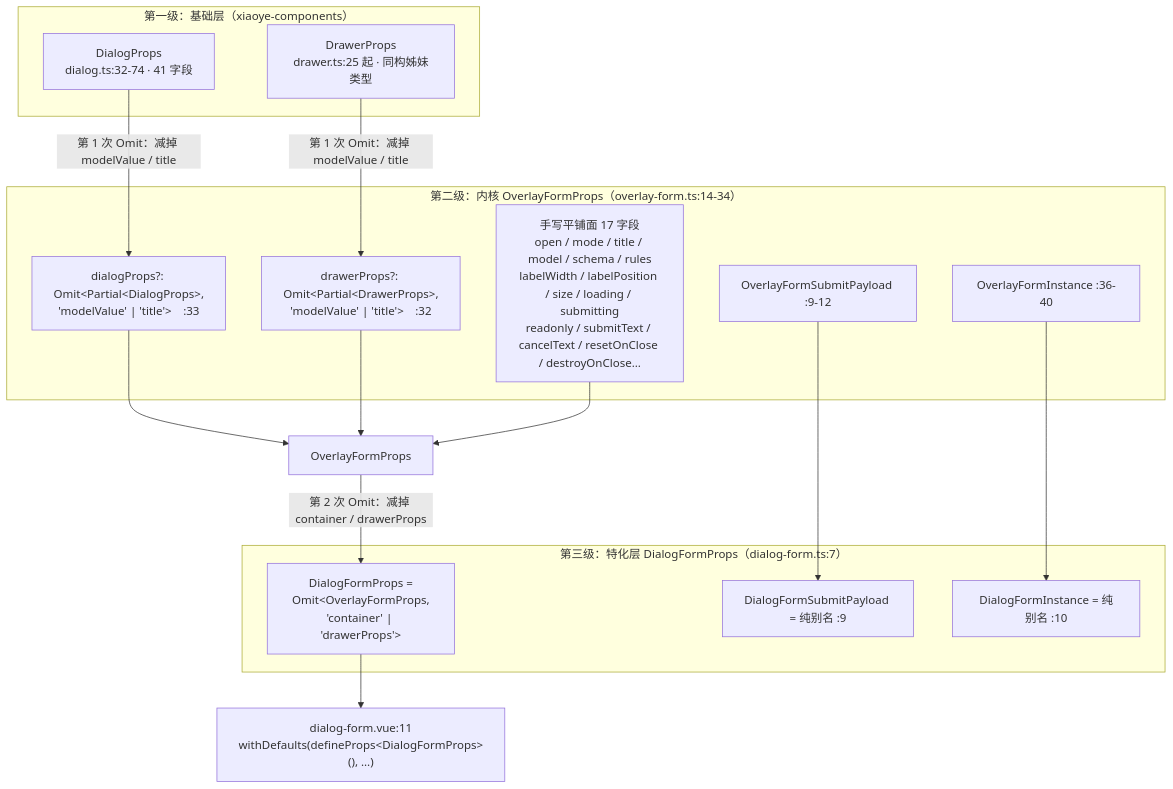
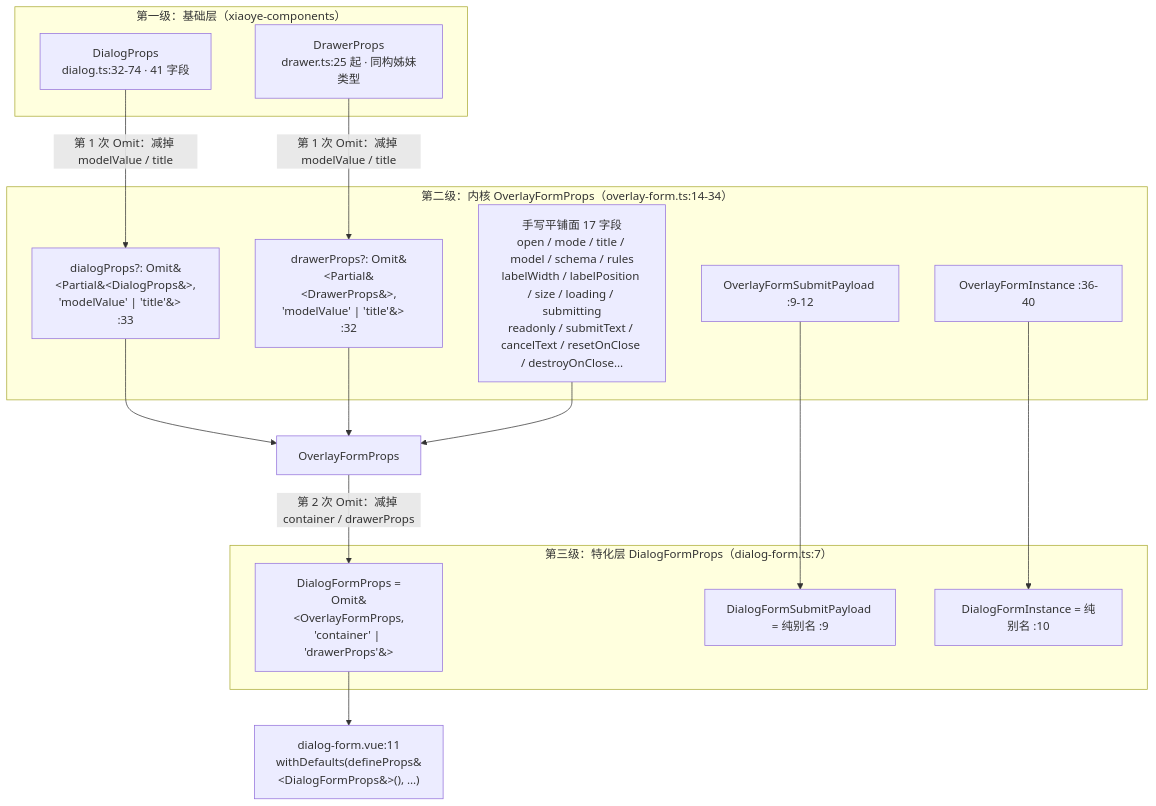
Before and after one commit to zhangzhengyang27/tech-codex: the first of 2 diagrams in docs/14-组件库专栏/9-增强层pro-components/9-07-DialogForm-Omit派生类型的封装范式.md, drawn with Mermaid. The commit also changed 195 other files, not shown here.

````diff
--- a/docs/14-组件库专栏/9-增强层pro-components/9-07-DialogForm-Omit派生类型的封装范式.md
+++ b/docs/14-组件库专栏/9-增强层pro-components/9-07-DialogForm-Omit派生类型的封装范式.md
@@ -154,31 +154,31 @@
 ```mermaid
 flowchart TD
     subgraph BASE["第一级：基础层（xiaoye-components）"]
         DP["DialogProps<br/>dialog.ts:32-74 · 41 字段"]
         DRP["DrawerProps<br/>drawer.ts:25 起 · 同构姊妹类型"]
     end
 
     subgraph CORE["第二级：内核 OverlayFormProps（overlay-form.ts:14-34）"]
-        DCH["dialogProps?: Omit&lt;Partial&lt;DialogProps&gt;,<br/>'modelValue' | 'title'&gt;　:33"]
-        WCH["drawerProps?: Omit&lt;Partial&lt;DrawerProps&gt;,<br/>'modelValue' | 'title'&gt;　:32"]
+        DCH["dialogProps?: Omit&#60;Partial&#60;DialogProps&#62;,<br/>'modelValue' | 'title'&#62;　:33"]
+        WCH["drawerProps?: Omit&#60;Partial&#60;DrawerProps&#62;,<br/>'modelValue' | 'title'&#62;　:32"]
         FLAT["手写平铺面 17 字段<br/>open / mode / title / model / schema / rules<br/>labelWidth / labelPosition / size / loading / submitting<br/>readonly / submitText / cancelText / resetOnClose / destroyOnClose…"]
         OFI["OverlayFormInstance :36-40"]
         OFP2["OverlayFormSubmitPayload :9-12"]
     end
 
     subgraph FACADE["第三级：特化层 DialogFormProps（dialog-form.ts:7）"]
-        DFP["DialogFormProps =<br/>Omit&lt;OverlayFormProps,<br/>'container' | 'drawerProps'&gt;"]
+        DFP["DialogFormProps =<br/>Omit&#60;OverlayFormProps,<br/>'container' | 'drawerProps'&#62;"]
         ALIAS1["DialogFormSubmitPayload = 纯别名 :9"]
         ALIAS2["DialogFormInstance = 纯别名 :10"]
     end
 
     DP -->|"第 1 次 Omit：减掉 modelValue / title"| DCH
     DRP -->|"第 1 次 Omit：减掉 modelValue / title"| WCH
     DCH --> OFP["OverlayFormProps"]
     WCH --> OFP
     FLAT --> OFP
     OFP -->|"第 2 次 Omit：减掉 container / drawerProps"| DFP
     OFI --> ALIAS2
     OFP2 --> ALIAS1
-    DFP --> CONSUME["dialog-form.vue:11<br/>withDefaults(defineProps&lt;DialogFormProps&gt;(), …)"]
+    DFP --> CONSUME["dialog-form.vue:11<br/>withDefaults(defineProps&#60;DialogFormProps&#62;(), …)"]
 ```
````
